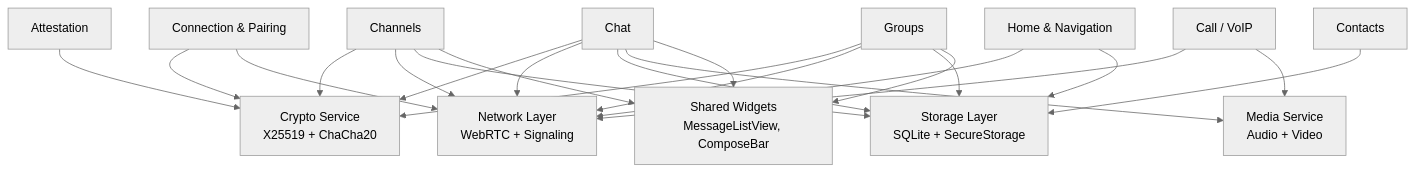
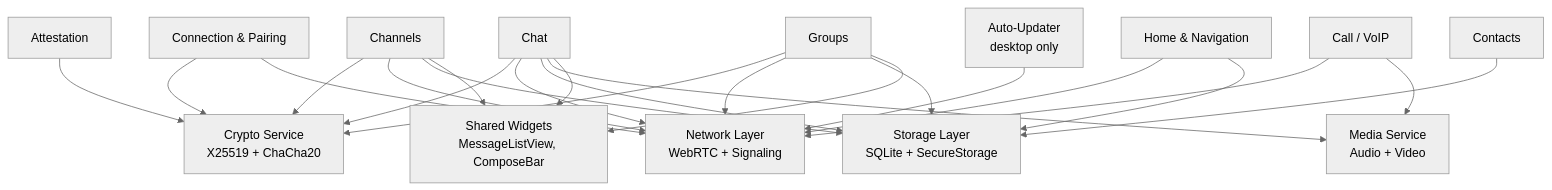
Before and after one commit to Hamza-Labs-Core/zajel: the second of 2 diagrams in packages/wiki/Architecture-Overview.md, drawn with Mermaid (neutral theme). The commit also changed other lines of this file and 73 other files, not shown here.

First line of the commit message:
feat(app): desktop auto-updater package (Plan 09)

````diff
--- a/packages/wiki/Architecture-Overview.md
+++ b/packages/wiki/Architecture-Overview.md
@@ -69,30 +70,31 @@
 ```mermaid
 graph TD
     CHAT[Chat] --> CRYPTO
     CHAT --> NET
     CHAT --> STORE
     CHAT --> MEDIA
     CHAT --> SHARED
     CHAN[Channels] --> CRYPTO
     CHAN --> NET
     CHAN --> STORE
     CHAN --> SHARED
     GRP[Groups] --> CRYPTO
     GRP --> NET
     GRP --> STORE
     GRP --> SHARED
     CALL[Call / VoIP] --> NET
     CALL --> MEDIA
     CONN[Connection & Pairing] --> CRYPTO
     CONN --> NET
     HOME[Home & Navigation] --> NET
     HOME --> STORE
     CONTACT[Contacts] --> STORE
     ATT[Attestation] --> CRYPTO
+    UPD[Auto-Updater<br/>desktop only] --> NET
 
     SHARED[Shared Widgets<br/>MessageListView, ComposeBar]
     CRYPTO[Crypto Service<br/>X25519 + ChaCha20]
     NET[Network Layer<br/>WebRTC + Signaling]
     STORE[Storage Layer<br/>SQLite + SecureStorage]
     MEDIA[Media Service<br/>Audio + Video]
 ```
````
